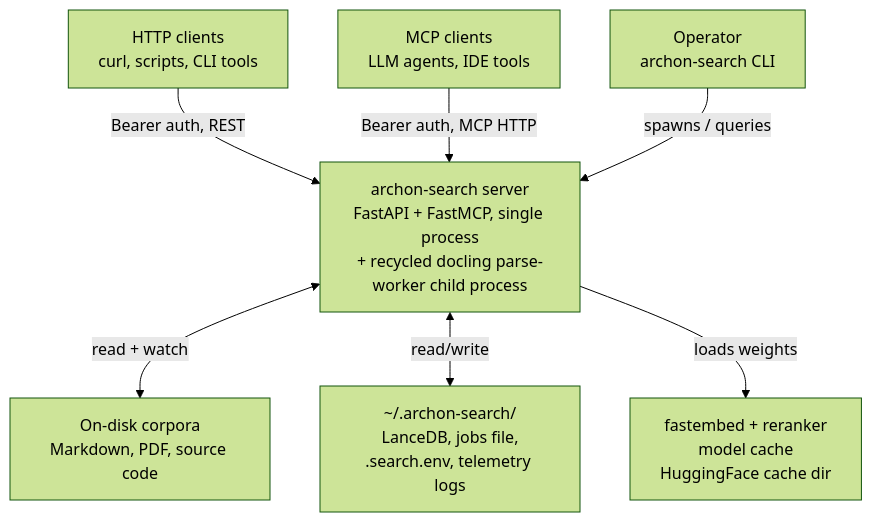
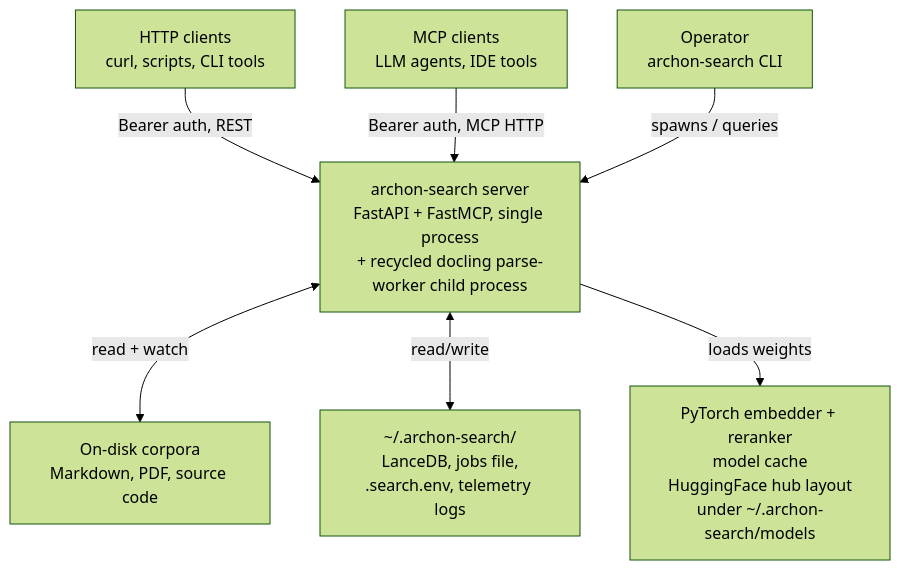
Before and after one commit to user538295/archon-search: the first of 3 diagrams in Documentation/Architecture/100_system_architecture_overview.md, drawn with Mermaid (forest theme). The commit also changed other lines of this file and 240 other files, not shown here.

First line of the commit message:
feat(runtime): replace fastembed/ONNX with PyTorch embedder and reranker

````diff
--- a/Documentation/Architecture/100_system_architecture_overview.md
+++ b/Documentation/Architecture/100_system_architecture_overview.md
@@ -21,19 +21,19 @@
 ```mermaid
 graph TD
     HTTP[HTTP clients<br/>curl, scripts, CLI tools]
     MCP[MCP clients<br/>LLM agents, IDE tools]
     FS[On-disk corpora<br/>Markdown, PDF, source code]
     OP[Operator<br/>archon-search CLI]
 
     AS[archon-search server<br/>FastAPI + FastMCP, single process<br/>+ recycled docling parse-worker child process]
 
     HOME[~/.archon-search/<br/>LanceDB, jobs file,<br/>.search.env, telemetry logs]
-    MODELS[fastembed + reranker<br/>model cache<br/>HuggingFace cache dir]
+    MODELS[PyTorch embedder + reranker<br/>model cache<br/>HuggingFace hub layout<br/>under ~/.archon-search/models]
 
     HTTP -->|Bearer auth, REST| AS
     MCP -->|Bearer auth, MCP HTTP| AS
     OP -->|spawns / queries| AS
     AS <-->|read + watch| FS
     AS <-->|read/write| HOME
     AS -->|loads weights| MODELS
 ```
````
